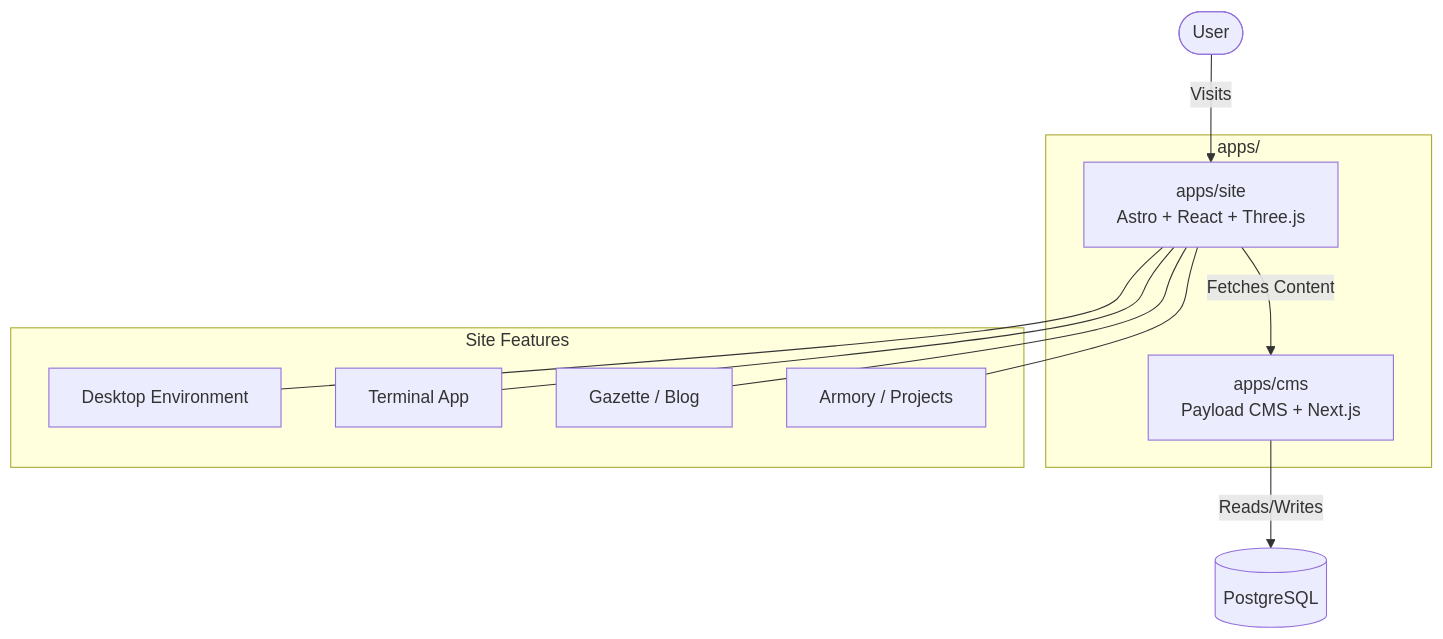
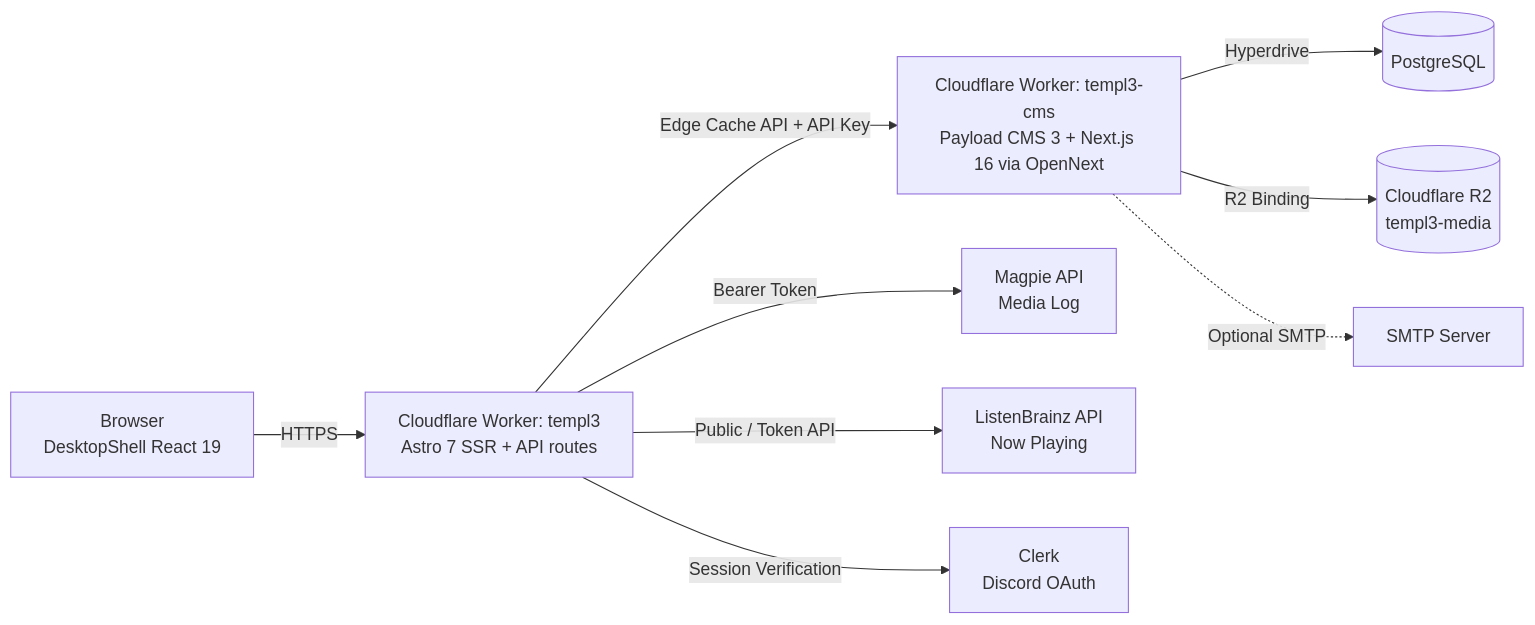
Before and after one commit to SIGTERM-015/templ3: the diagram in README.md, drawn with Mermaid. The commit also changed other lines of this file and 84 other files, not shown here.

````diff
--- a/README.md
+++ b/README.md
@@ -9,24 +79,13 @@
 ```mermaid
-graph TD
-    User([User]) --> |Visits| Site
-    
-    subgraph "apps/"
-        Site[apps/site<br/>Astro + React + Three.js]
-        CMS[apps/cms<br/>Payload CMS + Next.js]
-    end
-    
-    Site --> |Fetches Content| CMS
-    CMS --> |Reads/Writes| DB[(PostgreSQL)]
-    
-    subgraph "Site Features"
-        Desktop[Desktop Environment]
-        Terminal[Terminal App]
-        Blog[Gazette / Blog]
-        Projects[Armory / Projects]
-    end
-    
-    Site --- Desktop
-    Site --- Terminal
-    Site --- Blog
-    Site --- Projects
+flowchart LR
+    Browser[Browser<br/>DesktopShell React 19] -->|HTTPS| Site[Cloudflare Worker: templ3<br/>Astro 7 SSR + API routes]
+
+    Site -->|Edge Cache API + API Key| CMS[Cloudflare Worker: templ3-cms<br/>Payload CMS 3 + Next.js 16 via OpenNext]
+    Site -->|Bearer Token| Magpie[Magpie API<br/>Media Log]
+    Site -->|Public / Token API| LB[ListenBrainz API<br/>Now Playing]
+    Site -->|Session Verification| Clerk[Clerk<br/>Discord OAuth]
+
+    CMS -->|Hyperdrive| PG[(PostgreSQL)]
+    CMS -->|R2 Binding| R2[(Cloudflare R2<br/>templ3-media)]
+    CMS -.->|Optional SMTP| SMTP[SMTP Server]
 ```
````
